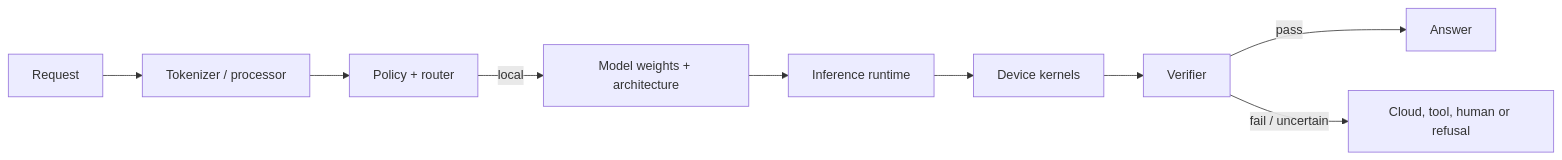
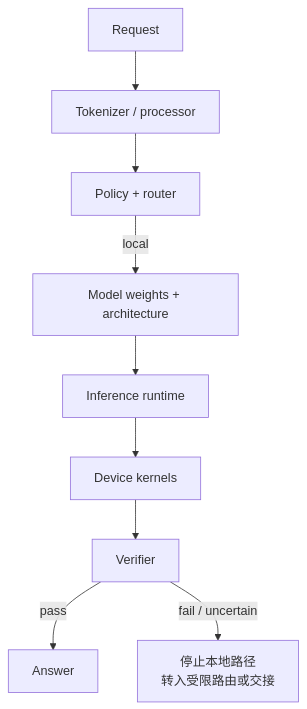
One commit to NightLemon/about-llm changed the diagram in docs/frontier/on-device-small-models.md. Above: the diagram before and after it, drawn with Mermaid. The commit also changed other lines of this file and 167 other files, not shown here.

````diff
--- a/docs/frontier/on-device-small-models.md
+++ b/docs/frontier/on-device-small-models.md
@@ -57,11 +65,11 @@
 ```mermaid
-flowchart LR
+flowchart TD
     Q["Request"] --> P["Tokenizer / processor"]
     P --> R["Policy + router"]
     R -->|"local"| M["Model weights + architecture"]
     M --> E["Inference runtime"]
     E --> K["Device kernels"]
     K --> V["Verifier"]
     V -->|"pass"| A["Answer"]
-    V -->|"fail / uncertain"| F["Cloud, tool, human or refusal"]
+    V -->|"fail / uncertain"| F["停止本地路径<br/>转入受限路由或交接"]
 ```
````
